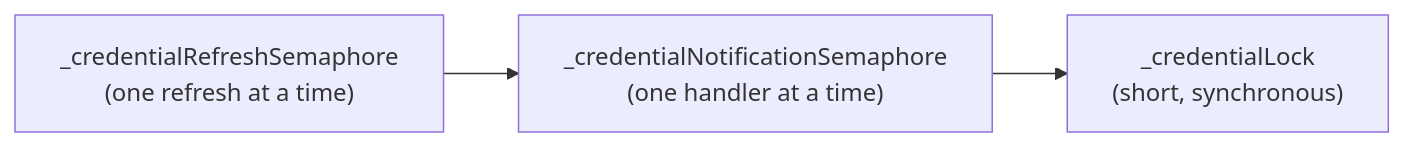
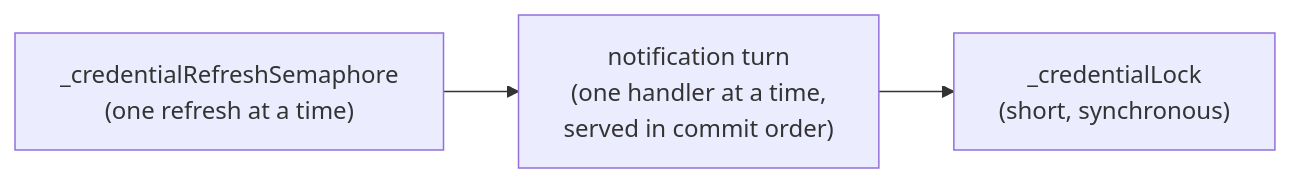
The first of 3 diagrams in devnotes/credential-lifecycle-and-locking.md (blowdart/idunno.Bluesky), drawn with Mermaid before and after one commit. The commit also changed other lines of this file and 3 other files, not shown here.

Commit message:
Deliver credential notifications in commit order

````diff
--- a/devnotes/credential-lifecycle-and-locking.md
+++ b/devnotes/credential-lifecycle-and-locking.md
@@ -56,4 +65,4 @@
 ```mermaid
 flowchart LR
-    R["_credentialRefreshSemaphore<br/>(one refresh at a time)"] --> N["_credentialNotificationSemaphore<br/>(one handler at a time)"] --> L["_credentialLock<br/>(short, synchronous)"]
+    R["_credentialRefreshSemaphore<br/>(one refresh at a time)"] --> N["notification turn<br/>(one handler at a time,<br/>served in commit order)"] --> L["_credentialLock<br/>(short, synchronous)"]
 ```
````
